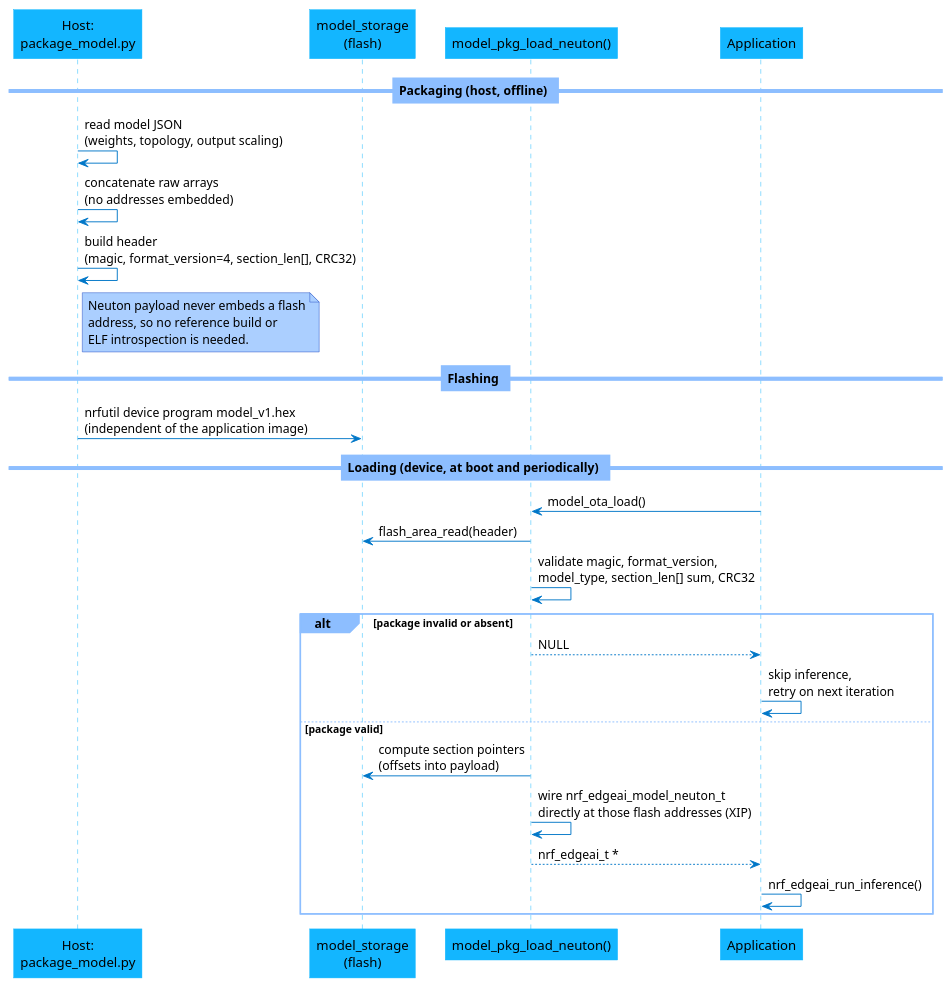
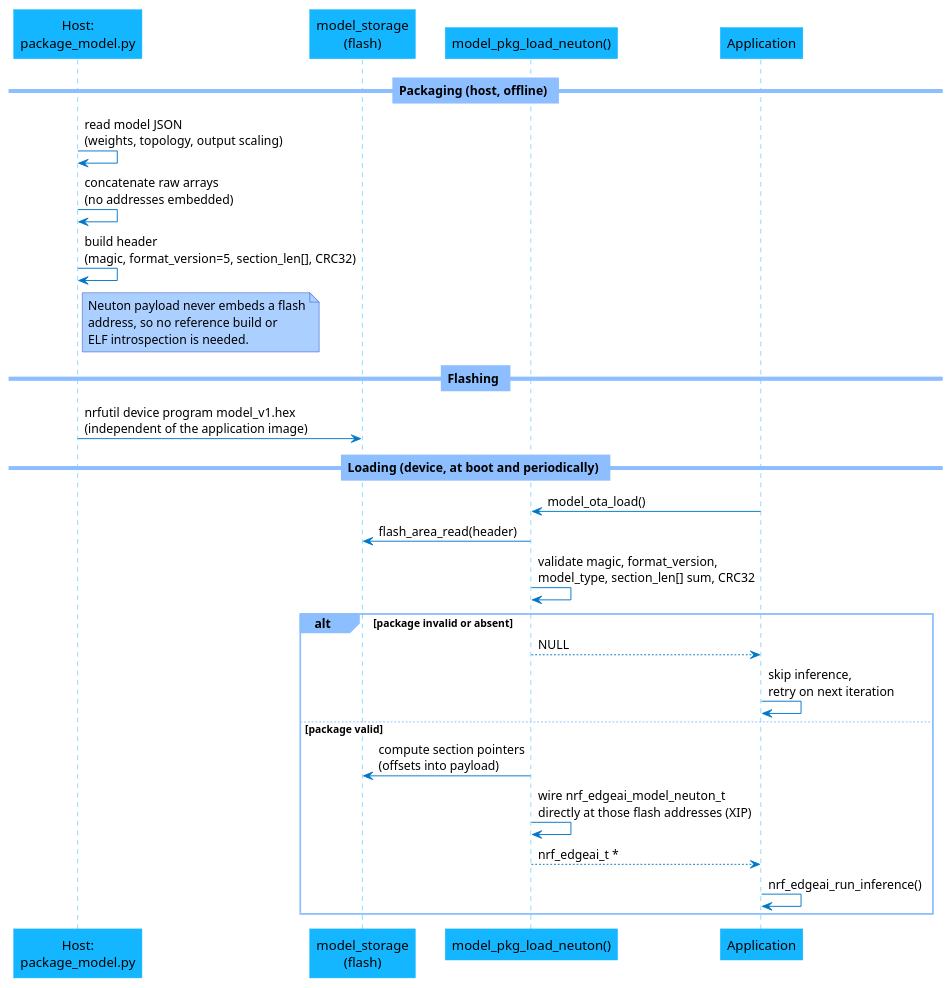
One commit to nrfconnect/sdk-edge-ai changed the second of 3 diagrams in doc/libraries/model_ota.rst. Above: the diagram before and after it, drawn with PlantUML. The commit also changed other lines of this file and 10 other files, not shown here.

```diff
--- a/doc/libraries/model_ota.rst
+++ b/doc/libraries/model_ota.rst
@@ -151,62 +151,62 @@
 .. uml::
    :caption: Neuton packaging and loading. No addresses are embedded in the payload, so packaging needs no reference build or ELF introspection.
 
    skinparam shadowing false
    skinparam roundcorner 0
    skinparam backgroundColor #FFFFFF
    skinparam ArrowColor #0077C8
    skinparam sequenceArrowThickness 1
 
    skinparam sequence {
      DividerBackgroundColor #8DBEFF
      DividerBorderColor #8DBEFF
      LifeLineBackgroundColor #13B6FF
      LifeLineBorderColor #13B6FF
      ParticipantBackgroundColor #13B6FF
      ParticipantBorderColor #13B6FF
      BoxBackgroundColor #C1E8FF
      BoxBorderColor #C1E8FF
      GroupBackgroundColor #8DBEFF
      GroupBorderColor #8DBEFF
    }
 
    skinparam note {
      BackgroundColor #ABCFFF
      BorderColor #2149C2
      Shadowing false
    }
 
    participant "Host:\npackage_model.py" as Host
    participant "model_storage\n(flash)" as Flash
    participant "model_pkg_load_neuton()" as Loader
    participant "Application" as App
 
    == Packaging (host, offline) ==
 
    Host -> Host : read model JSON\n(weights, topology, output scaling)
    Host -> Host : concatenate raw arrays\n(no addresses embedded)
-   Host -> Host : build header\n(magic, format_version=4, section_len[], CRC32)
+   Host -> Host : build header\n(magic, format_version=5, section_len[], CRC32)
    note right of Host
      Neuton payload never embeds a flash
      address, so no reference build or
      ELF introspection is needed.
    end note
 
    == Flashing ==
 
    Host -> Flash : nrfutil device program model_v1.hex\n(independent of the application image)
 
    == Loading (device, at boot and periodically) ==
 
    App -> Loader : model_ota_load()
    Loader -> Flash : flash_area_read(header)
    Loader -> Loader : validate magic, format_version,\nmodel_type, section_len[] sum, CRC32
    alt package invalid or absent
      Loader --> App : NULL
      App -> App : skip inference,\nretry on next iteration
    else package valid
      Loader -> Flash : compute section pointers\n(offsets into payload)
      Loader -> Loader : wire nrf_edgeai_model_neuton_t\ndirectly at those flash addresses (XIP)
      Loader --> App : nrf_edgeai_t *
      App -> App : nrf_edgeai_run_inference()
    end
```
